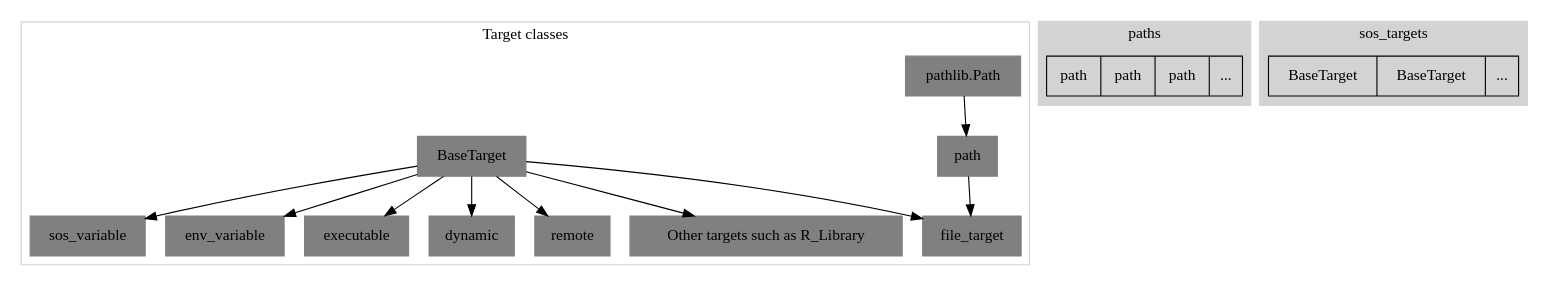
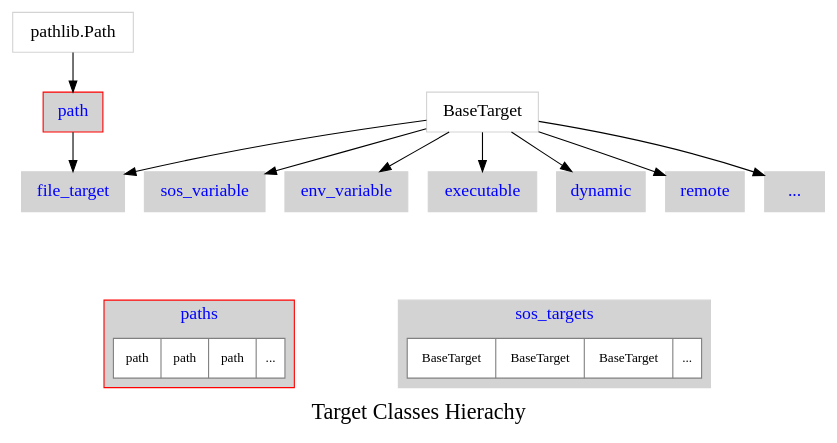
Before and after one commit to vatlab/sos-docs: the diagram in src/media/target_classes.dot, drawn with Graphviz. The commit also changed 1 other file, not shown here.

Commit message:
Add classes figure

```diff
--- a/src/media/target_classes.dot
+++ b/src/media/target_classes.dot
@@ -1,50 +1,66 @@
 digraph sos_classes {
+        node [ fontname = "Lucida Console", fontsize=16, shape=box, style=filled, color=lightgray, fillcolor=lightgray, fontcolor=blue ]; 
+        rankdir = TB;
 
-    subgraph cluster_0 {
-        color = lightgray;
-        label = "Target classes";
+        label = "Target Classes Hierachy";
+        fontsize = 20;
         
+        Path [label="pathlib.Path", fontcolor=black, fillcolor=white];
 
-        Path [shape=box, style=filled, color=gray, fillcolor=gray, label="pathlib.Path"];
+        path [label="path", color=red];
 
-        path [shape=box, style=filled, color=gray, fillcolor=gray, label="path"];
+        file_target [label="file_target"];
 
-        file_target [shape=box, style=filled, color=gray, fillcolor=gray, label="file_target"];
-
-        BaseTarget [shape=box, style=filled, color=gray, fillcolor=gray];
-        sos_variable  [shape=box, style=filled, color=gray, fillcolor=gray];
-        env_variable  [shape=box, style=filled, color=gray, fillcolor=gray];
-        executable [shape=box, style=filled, color=gray, fillcolor=gray];
-        dynamic [shape=box, style=filled, color=gray, fillcolor=gray];
-        remote [shape=box, style=filled, color=gray, fillcolor=gray];
-        other_targets [ shape=box, style=filled, color=gray, fillcolor=gray, label="Other targets such as R_Library"];
+        BaseTarget [fontcolor=black, fillcolor=white];
+        sos_variable;
+        env_variable;
+        executable ;
+        dynamic ;
+        remote ;
+        other_targets [ label="..."];
 
         Path -> path -> file_target;
         BaseTarget -> file_target;
         BaseTarget -> executable;
         BaseTarget -> sos_variable;
         BaseTarget -> env_variable;
         BaseTarget -> dynamic;
         BaseTarget -> remote;
         BaseTarget -> other_targets;
 
-    }
+
+
 
     subgraph cluster_1 {
-        color = lightgray;
         label = "paths";
         style = filled;
+        color = red;
+        fillcolor = lightgray;
+        fontcolor = blue;
+        fontsize = 16;
+        fontname = "Lucida Console";
         
-        node [shape=record label="paths"];
+        node [shape=record label="paths", fillcolor=white, fontcolor=gray, fontcolor=black, fontsize=12, color=gray];
         struct1 [label="<f0>path|<f1>path|<f2>path|<f3>..."];
     }
 
+    empty1 [style=invis];
     subgraph cluster_2 {
+        label = "sos_targets";
+        fontname = "Lucida Console";
+        
+        style = filled;
         color = lightgray;
-        label = "sos_targets";
-        style = filled;
-        
-        node [shape=record label="sos_targets"];
-        struct2 [label="<f0>BaseTarget|<f1>BaseTarget|<f2>..."];
+        fillcolor = lightgray;
+        fontcolor = blue;
+        fontsize = 16;
+
+        node [shape=record label="sos_targets", fillcolor=white, fontcolor=gray, fontcolor=black, fontsize=12, color=gray];
+        struct2 [label="<f0>BaseTarget|<f1>BaseTarget|<f2>BaseTarget|<f3>..."];
     }
+    empty [style=invis];
+    env_variable -> empty [style=invis];
+    empty -> struct1 [style=invis];
+    empty -> empty1 [style=invis];
+    empty -> struct2 [style=invis];
 }
```
